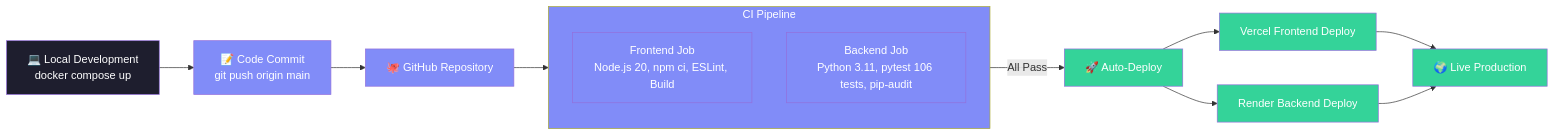
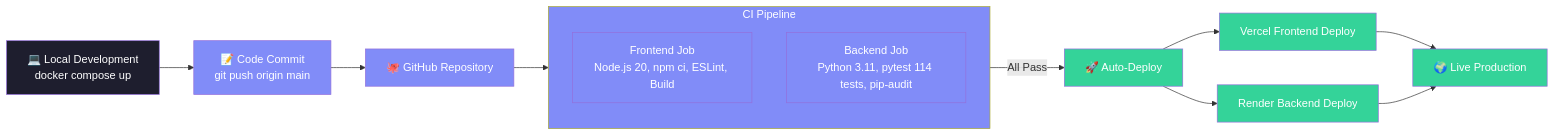
Diagram 19 of 34 in documentation/ARCHITECTURE.md (Anil-Pradhan-web/ai-career-mentor), drawn with Mermaid before and after one commit. The commit also changed other lines of this file and 2 other files, not shown here.

Commit message:
docs: update workflow count to 7 and test suite count to 114 passed tests

````diff
--- a/documentation/ARCHITECTURE.md
+++ b/documentation/ARCHITECTURE.md
@@ -1118,31 +1118,31 @@
 ```mermaid
 flowchart LR
     classDef dev fill:#1e1e2e,color:#fff
     classDef ci fill:#818cf8,color:#fff
     classDef deploy fill:#34d399,color:#fff
 
     DEV["💻 Local Development<br/>docker compose up"] --> CODE["📝 Code Commit<br/>git push origin main"]
     
     CODE --> GH["🐙 GitHub Repository"]
     
     GH --> CI["⚙️ GitHub Actions<br/>Parallel CI Pipeline"]
     
     subgraph CI [CI Pipeline]
         FJ["Frontend Job<br/>Node.js 20, npm ci, ESLint, Build"]
-        BJ["Backend Job<br/>Python 3.11, pytest 106 tests, pip-audit"]
+        BJ["Backend Job<br/>Python 3.11, pytest 114 tests, pip-audit"]
     end
     
     CI -->|"All Pass"| DEPLOY["🚀 Auto-Deploy"]
     
     DEPLOY --> VERCEL["Vercel Frontend Deploy"]
     DEPLOY --> RENDER["Render Backend Deploy"]
     
     VERCEL --> LIVE["🌍 Live Production"]
     RENDER --> LIVE
 
     class DEV dev
     class CODE,GH ci
     class CI,FJ,BJ ci
     class DEPLOY,VERCEL,RENDER deploy
     class LIVE deploy
 ```
````
